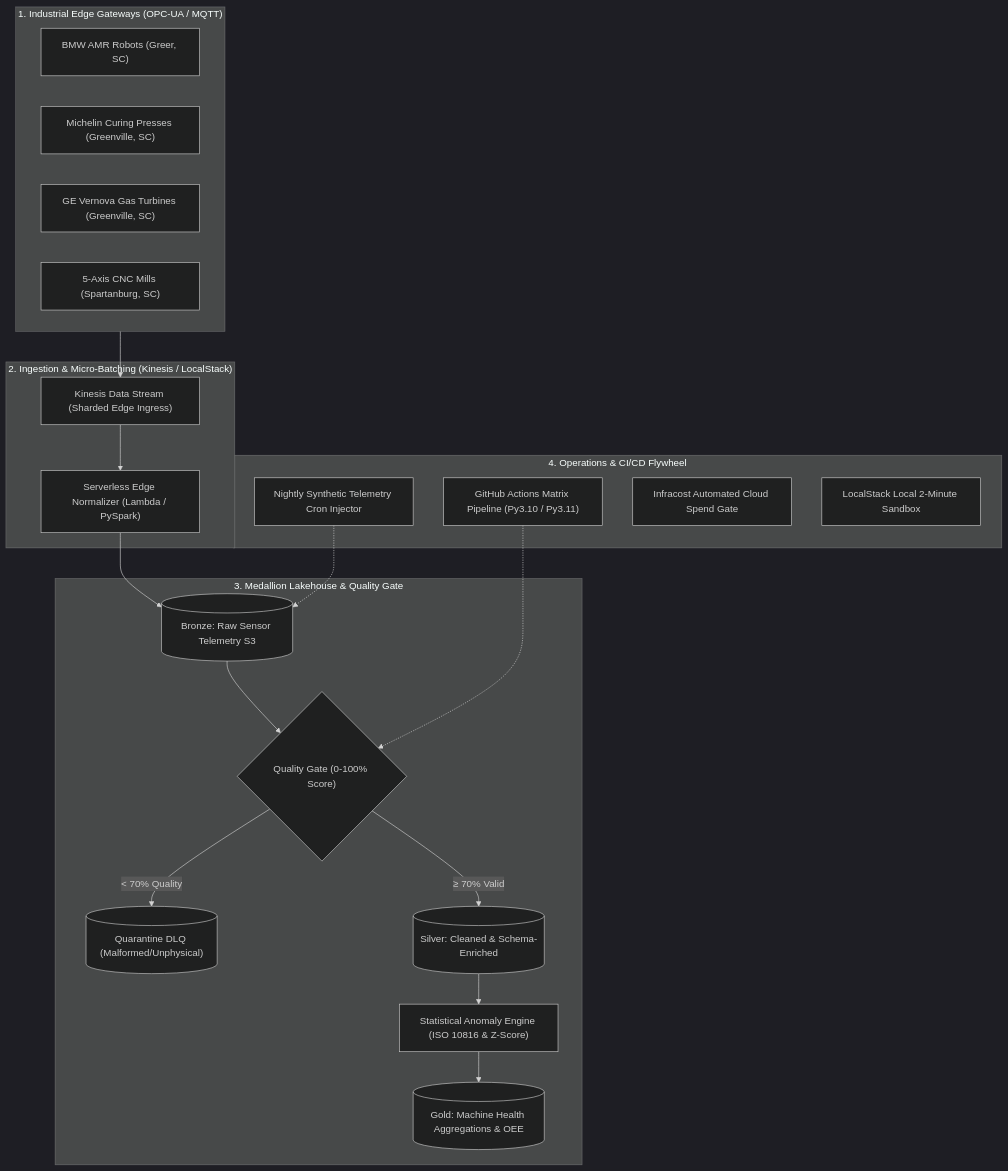
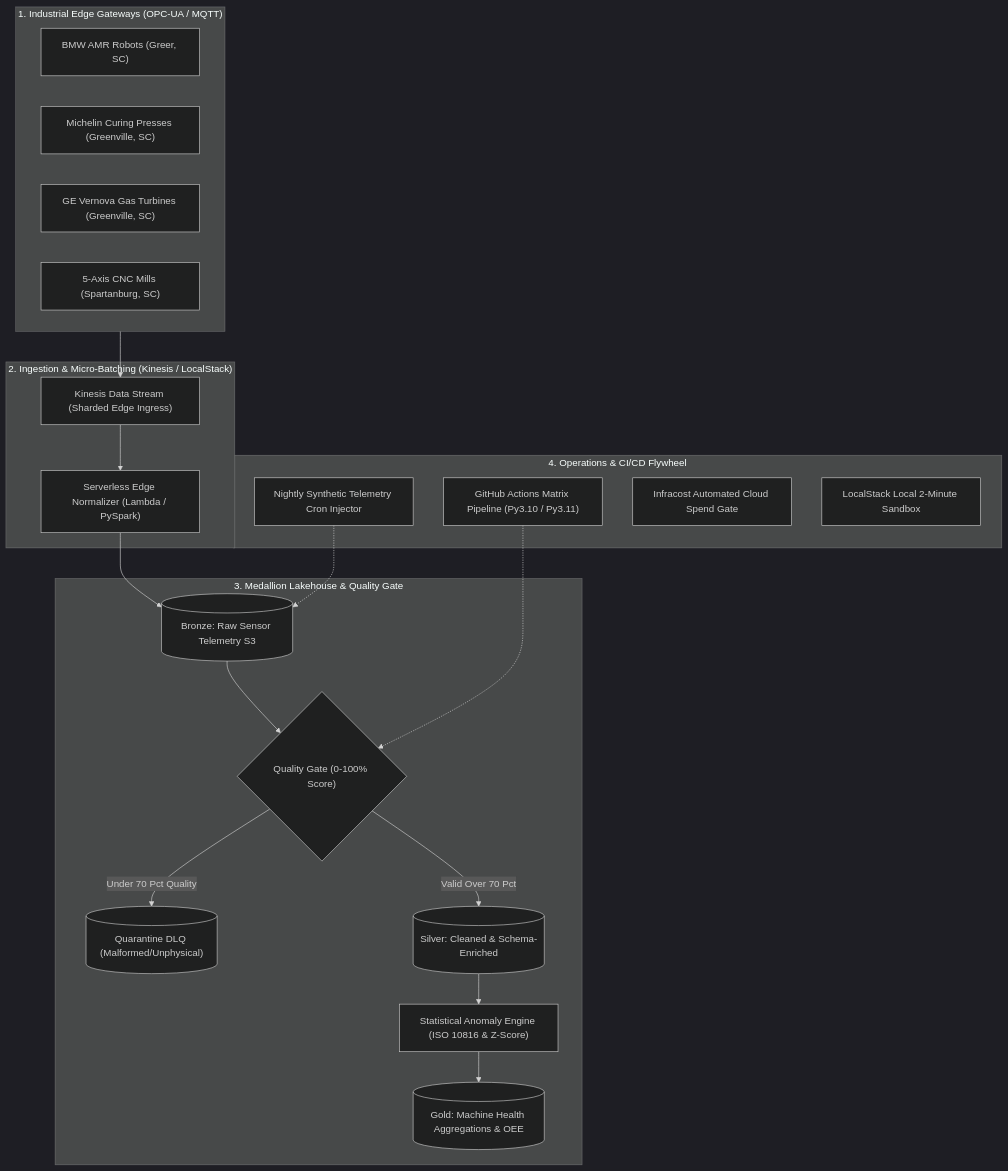
The diagram in README.md (FreeFades2Black/edge-telemetry-lakehouse), drawn with Mermaid (dark theme) before and after one commit.

Commit message:
fix(docs): resolve GitHub Mermaid parser edge label syntax

````diff
--- a/README.md
+++ b/README.md
@@ -26,41 +26,41 @@
 ```mermaid
 flowchart TD
     subgraph S1["1. Industrial Edge Gateways (OPC-UA / MQTT)"]
         A1["BMW AMR Robots (Greer, SC)"]
         A2["Michelin Curing Presses (Greenville, SC)"]
         A3["GE Vernova Gas Turbines (Greenville, SC)"]
         A4["5-Axis CNC Mills (Spartanburg, SC)"]
     end
 
     subgraph S2["2. Ingestion & Micro-Batching (Kinesis / LocalStack)"]
         B1["Kinesis Data Stream (Sharded Edge Ingress)"]
         B2["Serverless Edge Normalizer (Lambda / PySpark)"]
     end
 
     subgraph S3["3. Medallion Lakehouse & Quality Gate"]
         C1[("Bronze: Raw Sensor Telemetry S3")]
         C2{"Quality Gate (0-100% Score)"}
         C3[("Quarantine DLQ (Malformed/Unphysical)")]
         C4[("Silver: Cleaned & Schema-Enriched")]
         C5["Statistical Anomaly Engine (ISO 10816 & Z-Score)"]
         C6[("Gold: Machine Health Aggregations & OEE")]
     end
 
     subgraph S4["4. Operations & CI/CD Flywheel"]
         D1["GitHub Actions Matrix Pipeline (Py3.10 / Py3.11)"]
         D2["Nightly Synthetic Telemetry Cron Injector"]
         D3["Infracost Automated Cloud Spend Gate"]
         D4["LocalStack Local 2-Minute Sandbox"]
     end
 
     S1 --> B1
     B1 --> B2
     B2 --> C1
     C1 --> C2
-    C2 -- "< 70% Quality" --> C3
-    C2 -- "≥ 70% Valid" --> C4
+    C2 -->|Under 70 Pct Quality| C3
+    C2 -->|Valid Over 70 Pct| C4
     C4 --> C5
     C5 --> C6
     D1 -.-> C2
     D2 -.-> C1
 ```
````
